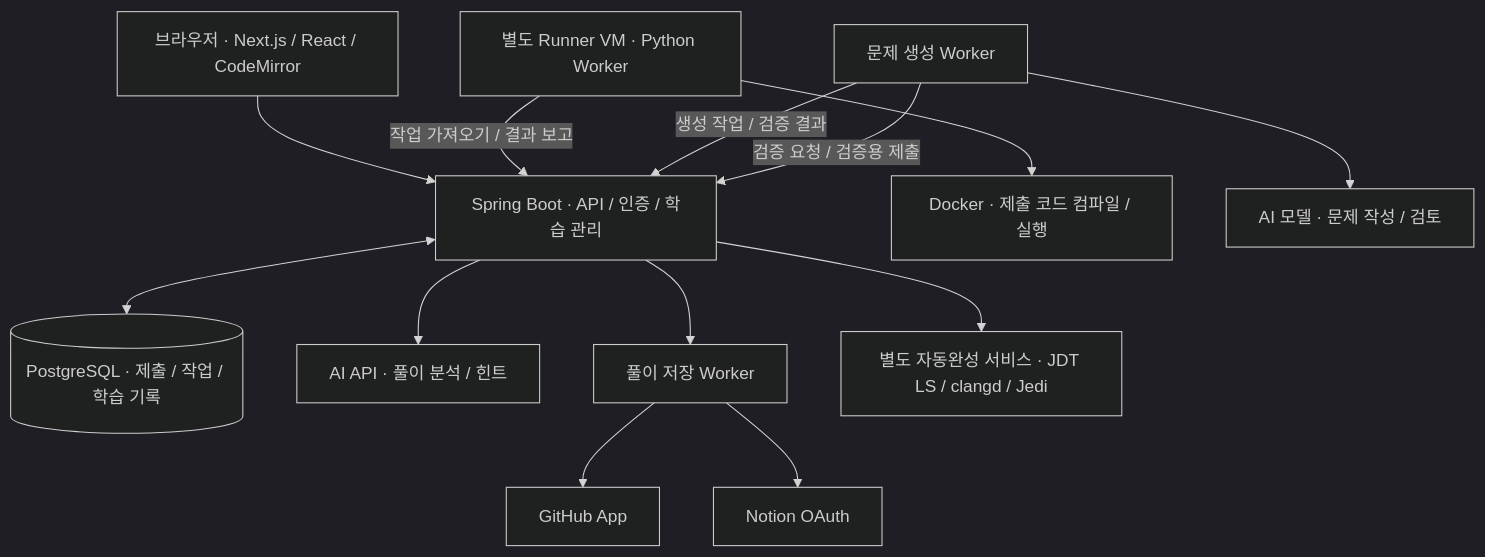
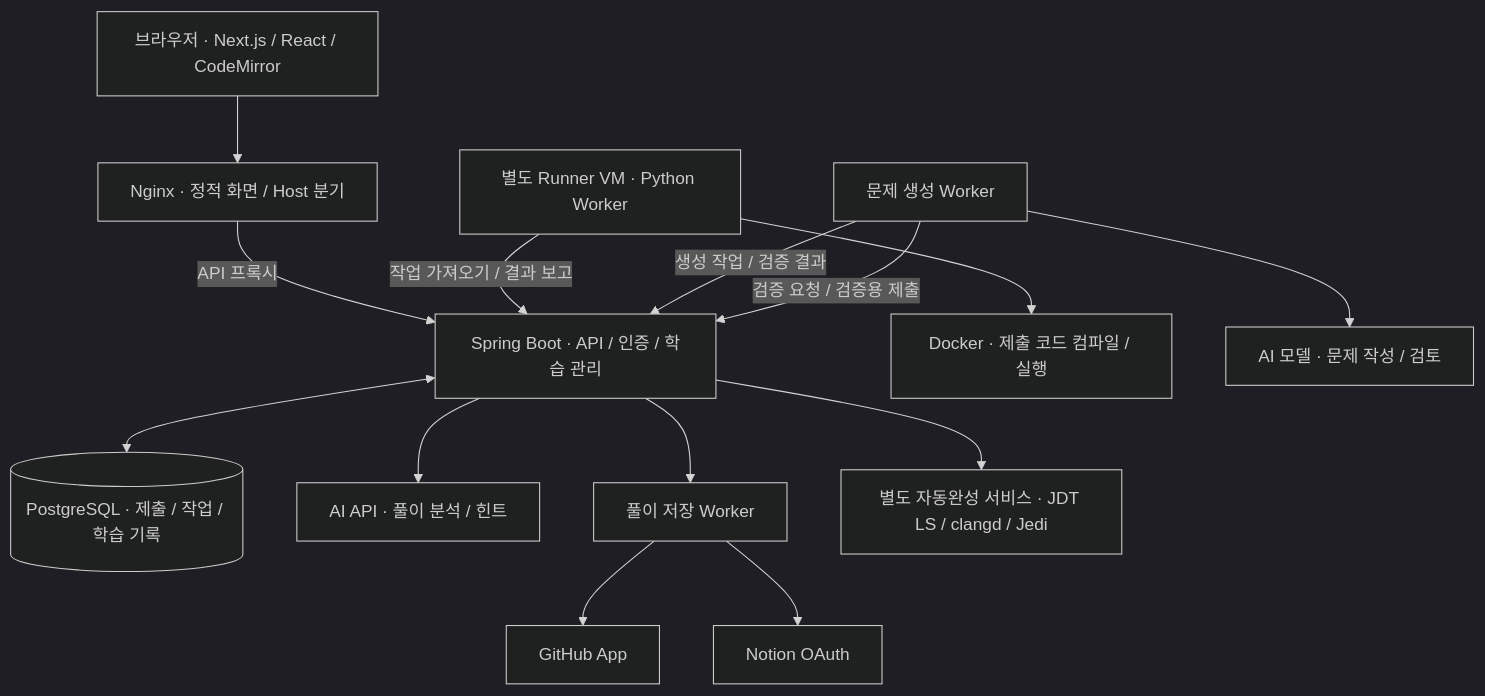
The first of 3 diagrams in README.md (hdg5639/GamjaOJ), drawn with Mermaid (dark theme) before and after one commit. The commit also changed other lines of this file and 13 other files, not shown here.

````diff
--- a/README.md
+++ b/README.md
@@ -53,15 +53,16 @@
 ```mermaid
 flowchart TD
-    Browser[브라우저 · Next.js / React / CodeMirror] --> App[Spring Boot · API / 인증 / 학습 관리]
+    Browser[브라우저 · Next.js / React / CodeMirror] --> Web[Nginx · 정적 화면 / Host 분기]
+    Web -->|API 프록시| App[Spring Boot · API / 인증 / 학습 관리]
     App <--> DB[(PostgreSQL · 제출 / 작업 / 학습 기록)]
     Runner[별도 Runner VM · Python Worker] -->|작업 가져오기 / 결과 보고| App
     Runner --> Sandbox[Docker · 제출 코드 컴파일 / 실행]
     Generation[문제 생성 Worker] -->|생성 작업 / 검증 결과| App
     Generation --> Models[AI 모델 · 문제 작성 / 검토]
     Generation -->|검증 요청 / 검증용 제출| App
     App --> Feedback[AI API · 풀이 분석 / 힌트]
     App --> Export[풀이 저장 Worker]
     Export --> GitHub[GitHub App]
     Export --> Notion[Notion OAuth]
     App --> Completion[별도 자동완성 서비스 · JDT LS / clangd / Jedi]
 ```
````
